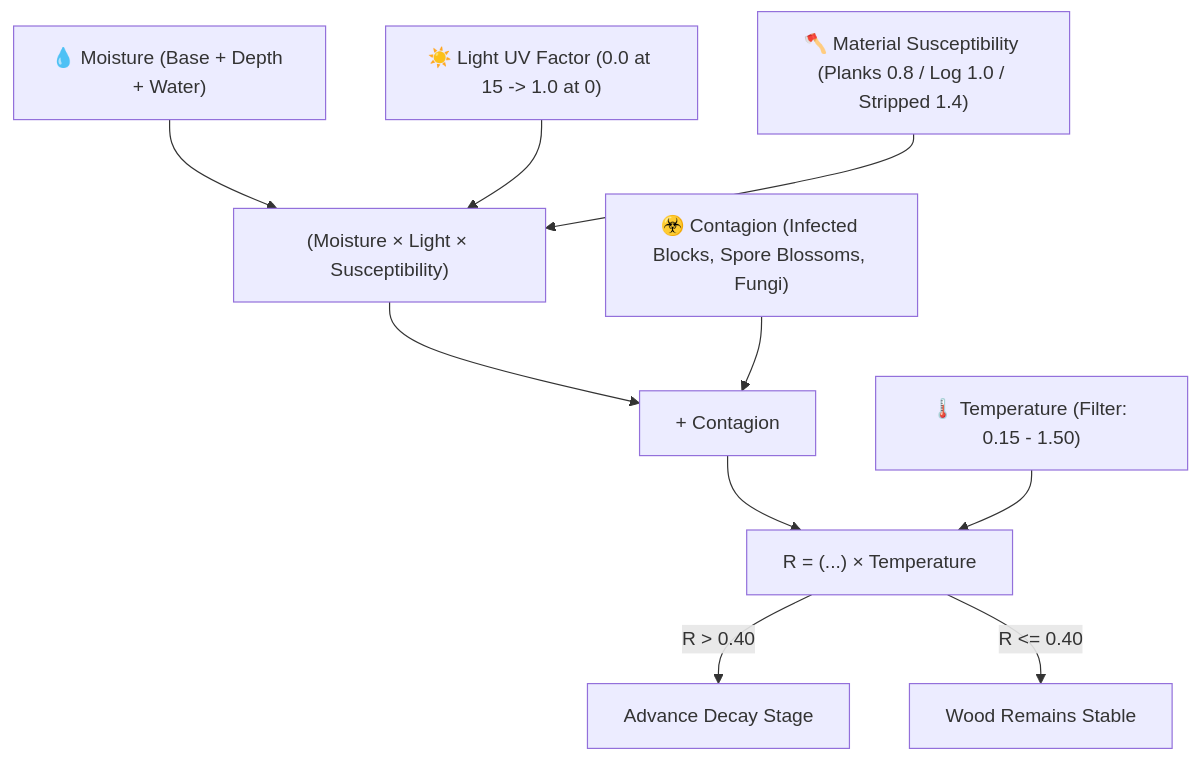
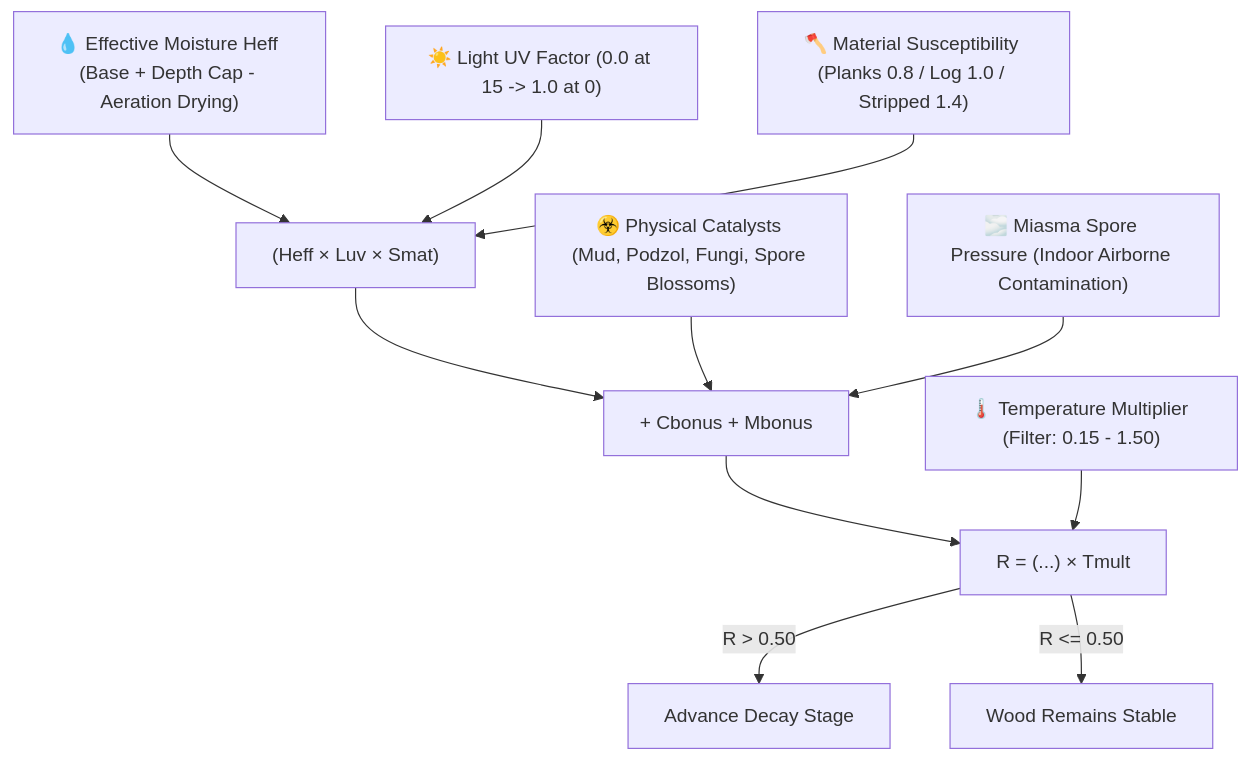
The second of 4 diagrams in docs/en.md (rcky0802/spores--shadows), drawn with Mermaid before and after one commit. The commit also changed other lines of this file and 9 other files, not shown here.

````diff
--- a/docs/en.md
+++ b/docs/en.md
@@ -63,14 +63,15 @@
 ```mermaid
 flowchart TD
-    M["💧 Moisture (Base + Depth + Water)"]
+    M["💧 Effective Moisture Heff (Base + Depth Cap - Aeration Drying)"]
     L["☀️ Light UV Factor (0.0 at 15 -> 1.0 at 0)"]
     S["🪓 Material Susceptibility (Planks 0.8 / Log 1.0 / Stripped 1.4)"]
-    C["☣️ Contagion (Infected Blocks, Spore Blossoms, Fungi)"]
-    T["🌡️ Temperature (Filter: 0.15 - 1.50)"]
+    C["☣️ Physical Catalysts (Mud, Podzol, Fungi, Spore Blossoms)"]
+    MB["🌫️ Miasma Spore Pressure (Indoor Airborne Contamination)"]
+    T["🌡️ Temperature Multiplier (Filter: 0.15 - 1.50)"]
 
-    M & L & S --> MLS["(Moisture × Light × Susceptibility)"]
-    MLS & C --> MLSC["+ Contagion"]
-    MLSC & T --> CALC["R = (...) × Temperature"]
-    CALC -->|R > 0.40| GROW["Advance Decay Stage"]
-    CALC -->|R <= 0.40| SAFE["Wood Remains Stable"]
+    M & L & S --> MLS["(Heff × Luv × Smat)"]
+    MLS & C & MB --> MLSC["+ Cbonus + Mbonus"]
+    MLSC & T --> CALC["R = (...) × Tmult"]
+    CALC -->|R > 0.50| GROW["Advance Decay Stage"]
+    CALC -->|R <= 0.50| SAFE["Wood Remains Stable"]
 ```
````
